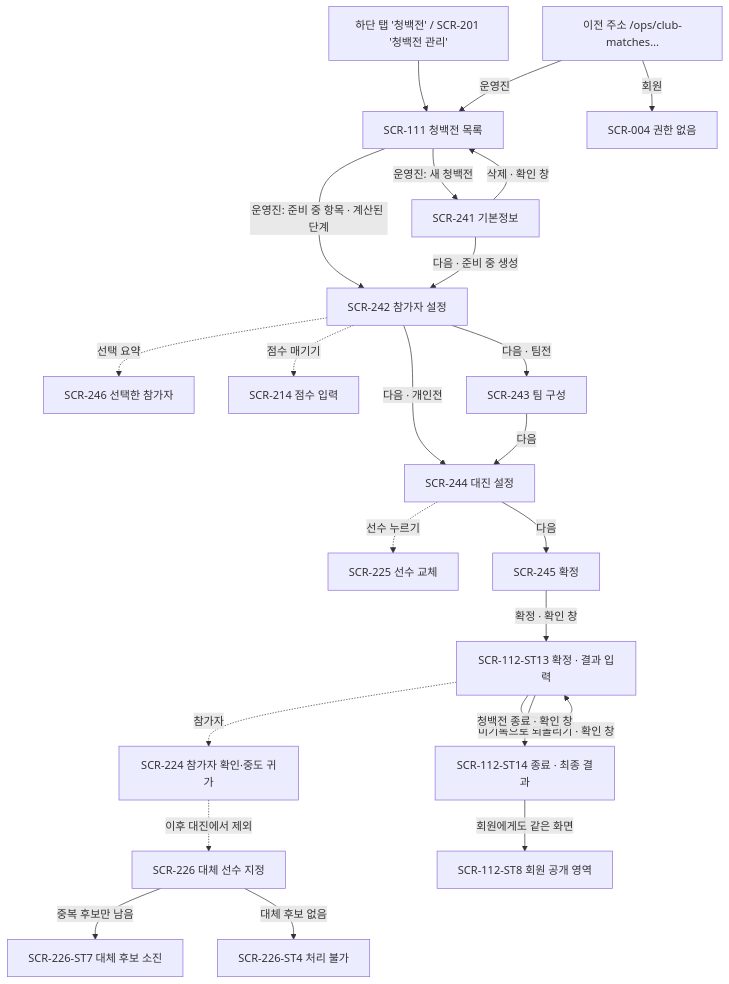
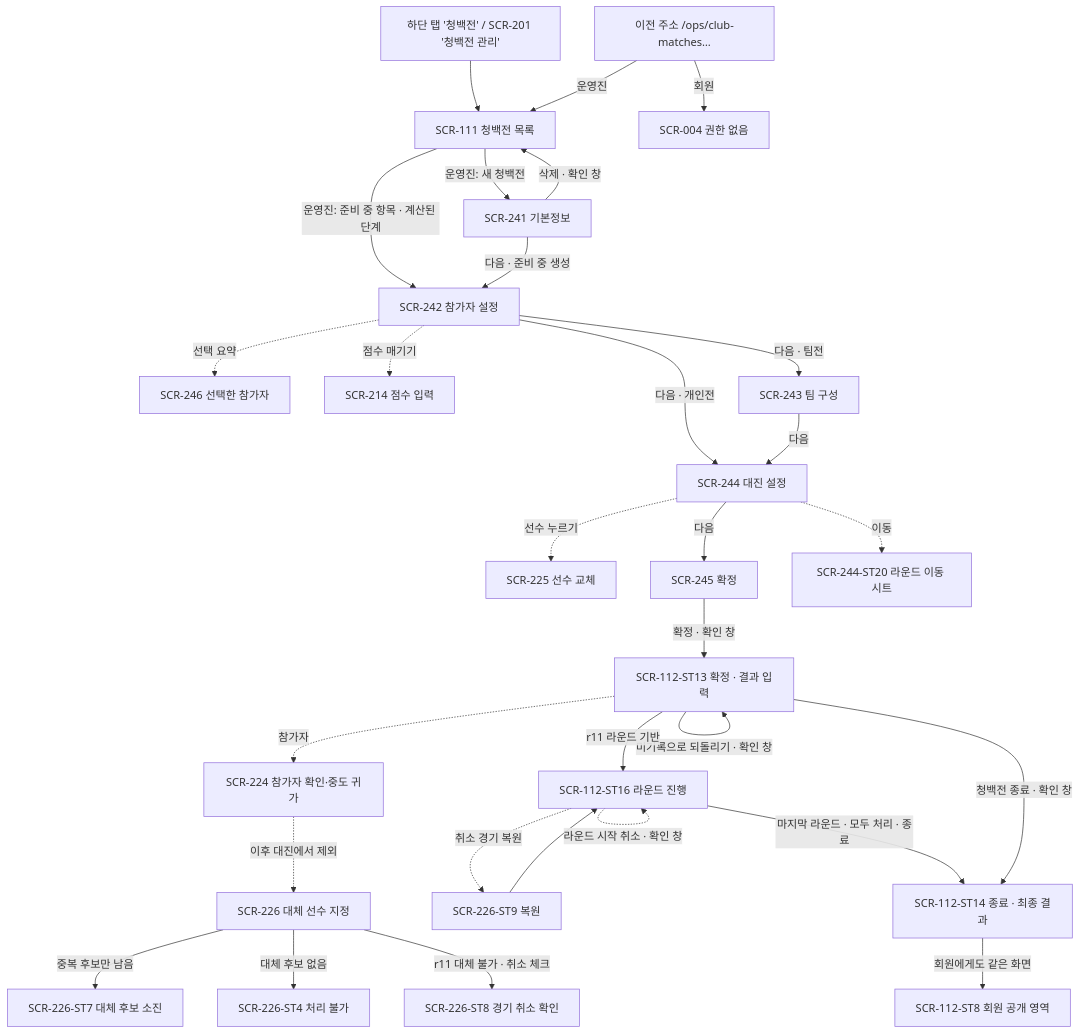
The fifth of 8 diagrams in docs/design/03-screen-flows.md (hoik-ryu/badminton-playbook), drawn with Mermaid before and after one commit. The commit also changed other lines of this file and 26 other files, not shown here.

````diff
--- a/docs/design/03-screen-flows.md
+++ b/docs/design/03-screen-flows.md
@@ -167,26 +169,34 @@
 ```mermaid
 flowchart TD
   TAB[하단 탭 '청백전' / SCR-201 '청백전 관리'] --> SCR111[SCR-111 청백전 목록]
   SCR111 -->|운영진: 새 청백전| S241[SCR-241 기본정보]
   SCR111 -->|운영진: 준비 중 항목 · 계산된 단계| S242
   S241 -->|다음 · 준비 중 생성| S242[SCR-242 참가자 설정]
   S242 -.->|선택 요약| S246[SCR-246 선택한 참가자]
   S242 -.->|점수 매기기| SCR214[SCR-214 점수 입력]
   S242 -->|다음 · 팀전| S243[SCR-243 팀 구성]
   S242 -->|다음 · 개인전| S244[SCR-244 대진 설정]
   S243 -->|다음| S244
   S244 -.->|선수 누르기| SCR225[SCR-225 선수 교체]
   S244 -->|다음| S245[SCR-245 확정]
   S245 -->|확정 · 확인 창| SCR112P[SCR-112-ST13 확정 · 결과 입력]
   S241 -->|삭제 · 확인 창| SCR111
   SCR112P -->|결과 기록| SCR112P
   SCR112P -->|미기록으로 되돌리기 · 확인 창| SCR112P
   SCR112P -.->|참가자| SCR224[SCR-224 참가자 확인·중도 귀가]
   SCR224 -.->|이후 대진에서 제외| SCR226[SCR-226 대체 선수 지정]
   SCR226 -->|중복 후보만 남음| SCR226X[SCR-226-ST7 대체 후보 소진]
   SCR226 -->|대체 후보 없음| SCR226E[SCR-226-ST4 처리 불가]
+  SCR112P -->|r11 라운드 기반| SCR112R[SCR-112-ST16 라운드 진행]
+  SCR112R -->|모두 처리 · 다음 라운드 시작| SCR112R
+  SCR112R -.->|라운드 시작 취소 · 확인 창| SCR112R
+  SCR112R -.->|취소 경기 복원| SCR226R[SCR-226-ST9 복원]
+  SCR226R --> SCR112R
+  SCR226 -->|r11 대체 불가 · 취소 체크| SCR226C[SCR-226-ST8 경기 취소 확인]
+  SCR112R -->|마지막 라운드 · 모두 처리 · 종료| SCR112Z
+  S244 -.->|이동| S244M[SCR-244-ST20 라운드 이동 시트]
   SCR112P -->|청백전 종료 · 확인 창| SCR112Z[SCR-112-ST14 종료 · 최종 결과]
   SCR112Z -->|회원에게도 같은 화면| SCR112M[SCR-112-ST8 회원 공개 영역]
   OLD[이전 주소 /ops/club-matches…] -->|운영진| SCR111
   OLD -->|회원| SCR004[SCR-004 권한 없음]
 ```
````
